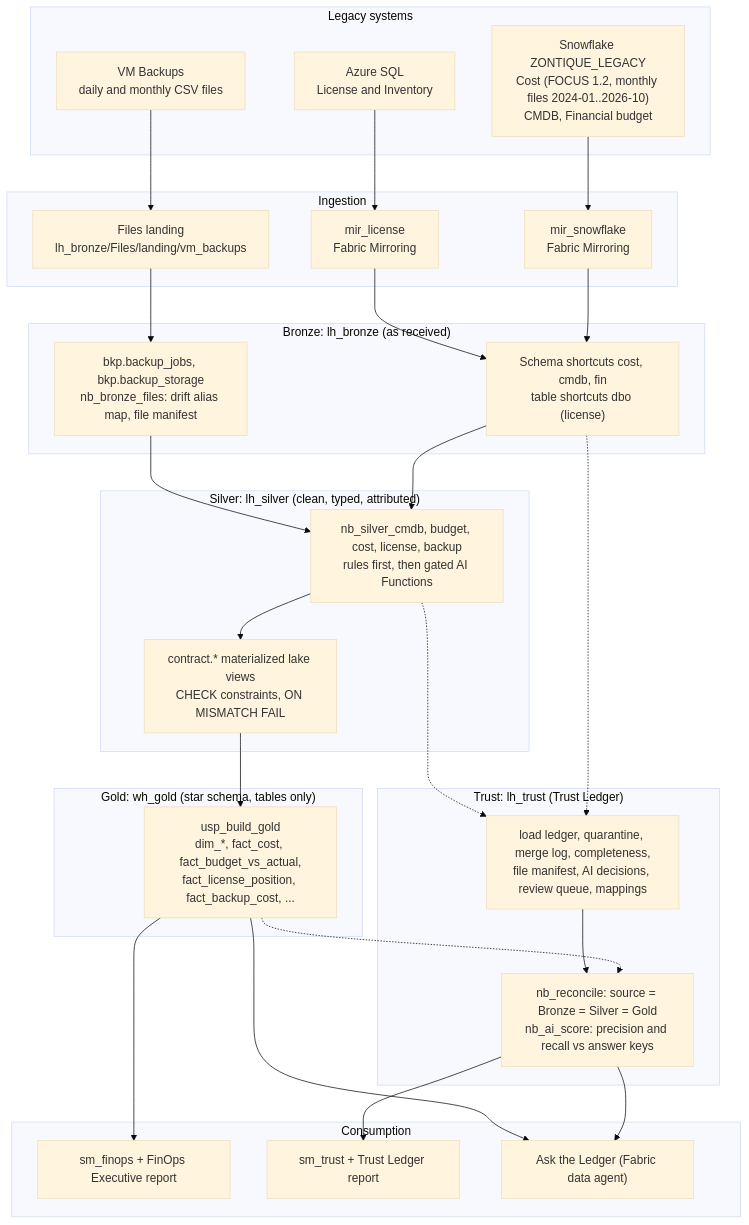
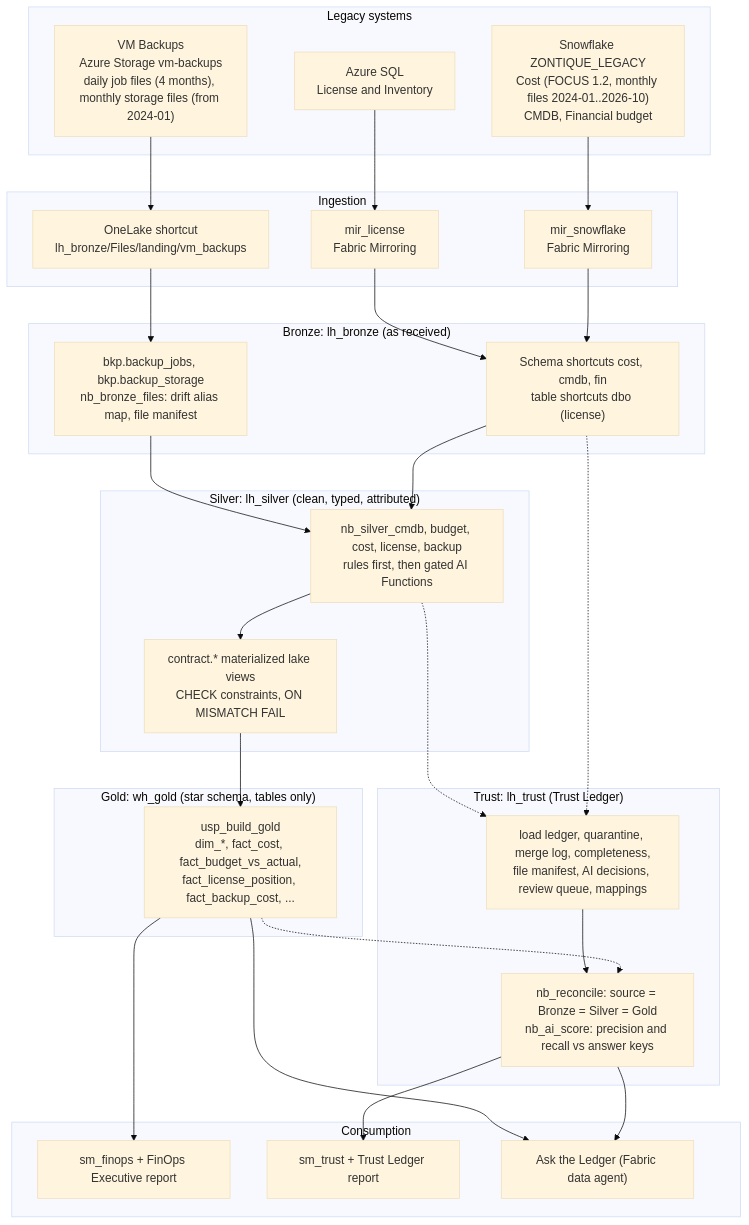
Before and after one commit to vardges-16/legacy-defuse-kit: the diagram in docs/architecture.md, drawn with Mermaid (base theme). The commit also changed other lines of this file and 5 other files, not shown here.

````diff
--- a/docs/architecture.md
+++ b/docs/architecture.md
@@ -7,45 +7,45 @@
 ```mermaid
 flowchart TB
   subgraph SRC["Legacy systems"]
     SF["Snowflake ZONTIQUE_LEGACY<br/>Cost (FOCUS 1.2, monthly files 2024-01..2026-10)<br/>CMDB, Financial budget"]
     SQL["Azure SQL<br/>License and Inventory"]
-    CSV["VM Backups<br/>daily and monthly CSV files"]
+    CSV["VM Backups<br/>Azure Storage vm-backups<br/>daily job files (4 months), monthly storage files (from 2024-01)"]
   end
   subgraph ING["Ingestion"]
     M1["mir_snowflake<br/>Fabric Mirroring"]
     M2["mir_license<br/>Fabric Mirroring"]
-    UP["Files landing<br/>lh_bronze/Files/landing/vm_backups"]
+    UP["OneLake shortcut<br/>lh_bronze/Files/landing/vm_backups"]
   end
   subgraph BRZ["Bronze: lh_bronze (as received)"]
     B1["Schema shortcuts cost, cmdb, fin<br/>table shortcuts dbo (license)"]
     B2["bkp.backup_jobs, bkp.backup_storage<br/>nb_bronze_files: drift alias map, file manifest"]
   end
   subgraph SLV["Silver: lh_silver (clean, typed, attributed)"]
     S1["nb_silver_cmdb, budget, cost, license, backup<br/>rules first, then gated AI Functions"]
     S2["contract.* materialized lake views<br/>CHECK constraints, ON MISMATCH FAIL"]
   end
   subgraph GLD["Gold: wh_gold (star schema, tables only)"]
     G1["usp_build_gold<br/>dim_*, fact_cost, fact_budget_vs_actual,<br/>fact_license_position, fact_backup_cost, ..."]
   end
   subgraph TRU["Trust: lh_trust (Trust Ledger)"]
     T1["load ledger, quarantine, merge log, completeness,<br/>file manifest, AI decisions, review queue, mappings"]
     T2["nb_reconcile: source = Bronze = Silver = Gold<br/>nb_ai_score: precision and recall vs answer keys"]
   end
   subgraph OUT["Consumption"]
     R1["sm_finops + FinOps Executive report"]
     R2["sm_trust + Trust Ledger report"]
     DA["Ask the Ledger (Fabric data agent)"]
   end
   SF --> M1 --> B1
   SQL --> M2 --> B1
   CSV --> UP --> B2
   B1 --> S1
   B2 --> S1
   S1 --> S2 --> G1 --> R1
   B1 -.-> T1
   S1 -.-> T1
   G1 -.-> T2
   T1 --> T2 --> R2
   T2 --> DA
   G1 --> DA
 ```
````
